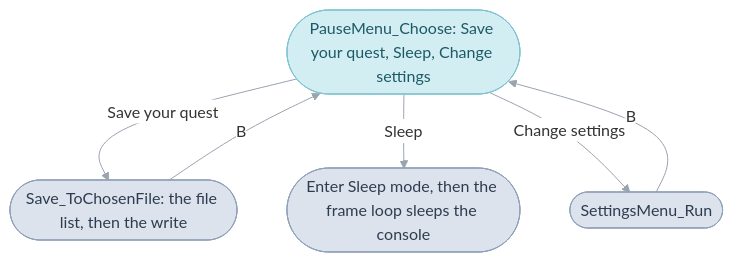
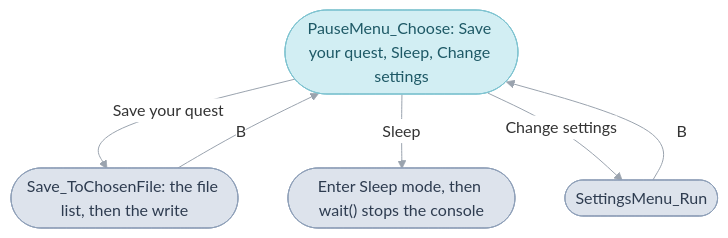
Before and after one commit to PascalPixel/alchemy: the fifth of 5 diagrams in games/tbs/src/window/README.md, drawn with Mermaid. The commit also changed other lines of this file and 1 other file, not shown here.

````diff
--- a/games/tbs/src/window/README.md
+++ b/games/tbs/src/window/README.md
@@ -457,13 +471,13 @@
 ```mermaid
 %%{init: {"theme": "base", "themeVariables": {"lineColor": "#9AA3AE", "edgeLabelBackground": "#FFFFFF"}, "flowchart": {"curve": "basis", "padding": 12}}}%%
 flowchart TD
   pause(["PauseMenu_Choose: Save your quest, Sleep, Change settings"]) -- "Save your quest" --> save(["Save_ToChosenFile: the file list, then the write"])
-  pause -- "Sleep" --> sleep(["Enter Sleep mode, then the frame loop sleeps the console"])
+  pause -- "Sleep" --> sleep(["Enter Sleep mode, then wait() stops the console"])
   pause -- "Change settings" --> settings(["SettingsMenu_Run"])
   save -- "B" --> pause
   settings -- "B" --> pause
   classDef menu fill:#D2EEF3,stroke:#7FC3D0,color:#1E5966
   classDef out fill:#DDE3EC,stroke:#8FA0B8,color:#2E3C50
   class pause menu
   class save,sleep,settings out
 ```
````
